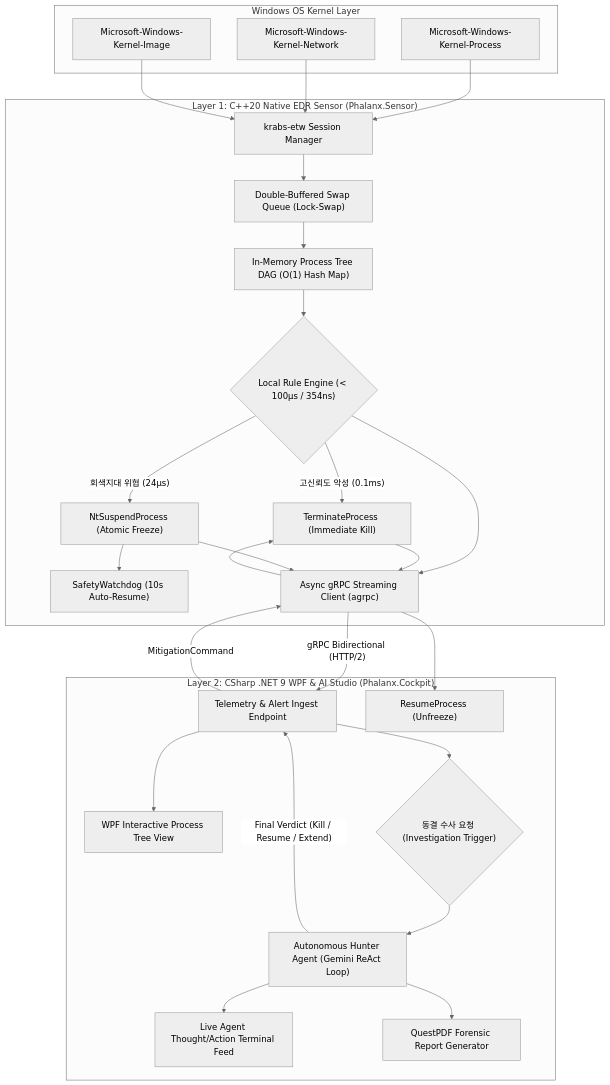
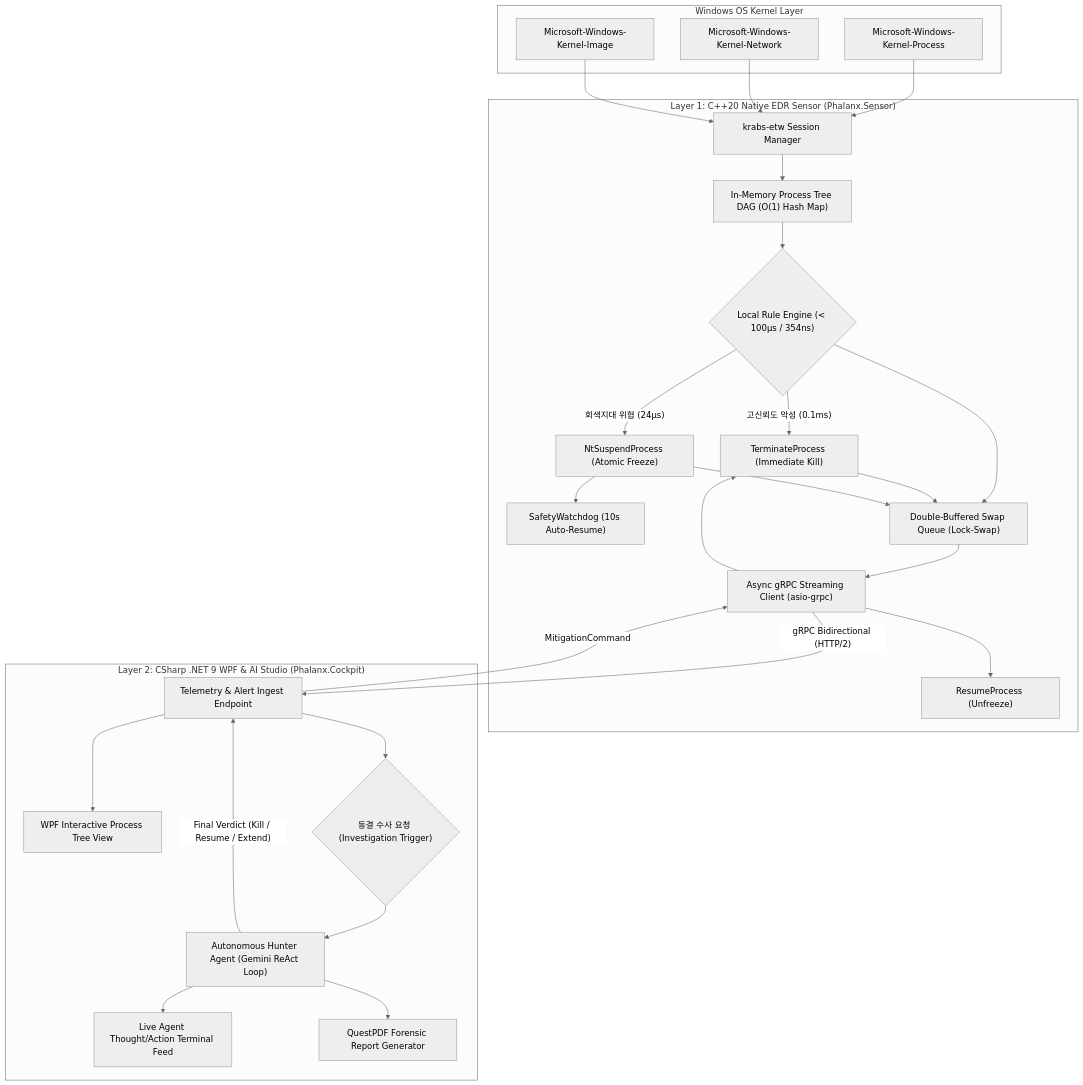
The first of 3 diagrams in Phalanx/docs/01_system_architecture.md (jin20203458/Obsidian.Agent), drawn with Mermaid (neutral theme) before and after one commit. The commit also changed other lines of this file and 1 other file, not shown here.

Commit message:
docs(phalanx): certify 01_system_architecture via 4-gate independent audit

````diff
--- a/Phalanx/docs/01_system_architecture.md
+++ b/Phalanx/docs/01_system_architecture.md
@@ -21,42 +21,44 @@
 ```mermaid
 flowchart TD
     subgraph KERNEL ["Windows OS Kernel Layer"]
         ETW_Proc["Microsoft-Windows-Kernel-Process"]
         ETW_Net["Microsoft-Windows-Kernel-Network"]
         ETW_Img["Microsoft-Windows-Kernel-Image"]
     end
 
     subgraph CPP_ENGINE ["Layer 1: C++20 Native EDR Sensor (Phalanx.Sensor)"]
         ETW_Proc --> Krabs["krabs-etw Session Manager"]
         ETW_Net --> Krabs
         ETW_Img --> Krabs
         
-        Krabs --> IngestQueue["Double-Buffered Swap Queue (Lock-Swap)"]
-        IngestQueue --> ProcTree["In-Memory Process Tree DAG (O(1) Hash Map)"]
+        Krabs --> ProcTree["In-Memory Process Tree DAG (O(1) Hash Map)"]
         ProcTree --> LocalRules{"Local Rule Engine (< 100μs / 354ns)"}
         
         LocalRules -- "고신뢰도 악성 (0.1ms)" --> ActKill["TerminateProcess (Immediate Kill)"]
         LocalRules -- "회색지대 위협 (24μs)" --> ActFreeze["NtSuspendProcess (Atomic Freeze)"]
         ActFreeze --> Watchdog["SafetyWatchdog (10s Auto-Resume)"]
+        ActResume["ResumeProcess (Unfreeze)"]
         
-        LocalRules --> GrpcClient["Async gRPC Streaming Client (agrpc)"]
-        ActKill --> GrpcClient
-        ActFreeze --> GrpcClient
+        LocalRules --> IngestQueue["Double-Buffered Swap Queue (Lock-Swap)"]
+        ActKill --> IngestQueue
+        ActFreeze --> IngestQueue
+        
+        IngestQueue --> GrpcClient["Async gRPC Streaming Client (asio-grpc)"]
     end
 
     subgraph CS_COCKPIT ["Layer 2: CSharp .NET 9 WPF & AI Studio (Phalanx.Cockpit)"]
         GrpcClient -->|"gRPC Bidirectional (HTTP/2)"| GrpcServer["Telemetry & Alert Ingest Endpoint"]
         
         GrpcServer --> GraphView["WPF Interactive Process Tree View"]
         GrpcServer --> AgentTrigger{"동결 수사 요청 (Investigation Trigger)"}
         
         AgentTrigger --> AgentOrchestrator["Autonomous Hunter Agent (Gemini ReAct Loop)"]
         AgentOrchestrator --> LiveFeed["Live Agent Thought/Action Terminal Feed"]
         AgentOrchestrator --> ReportEngine["QuestPDF Forensic Report Generator"]
         
         AgentOrchestrator -->|"Final Verdict (Kill / Resume / Extend)"| GrpcServer
         GrpcServer -->|"MitigationCommand"| GrpcClient
         GrpcClient --> ActKill
-        GrpcClient --> ActResume["ResumeProcess (Unfreeze)"]
+        GrpcClient --> ActResume
     end
 ```
````
